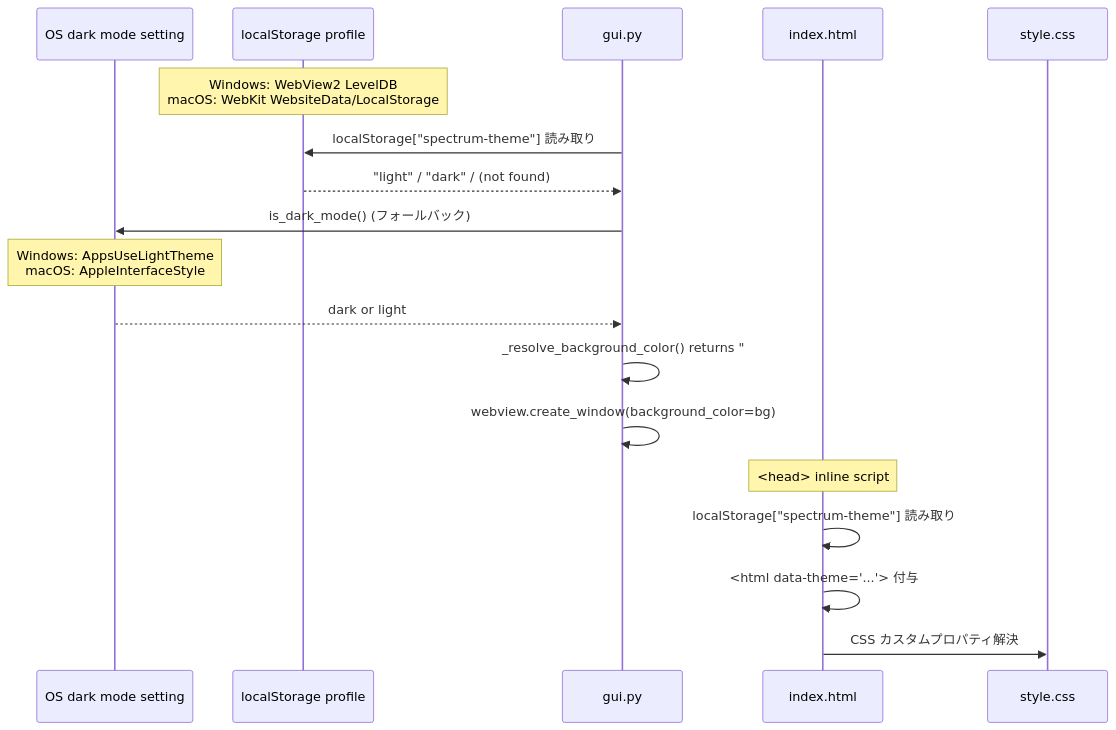
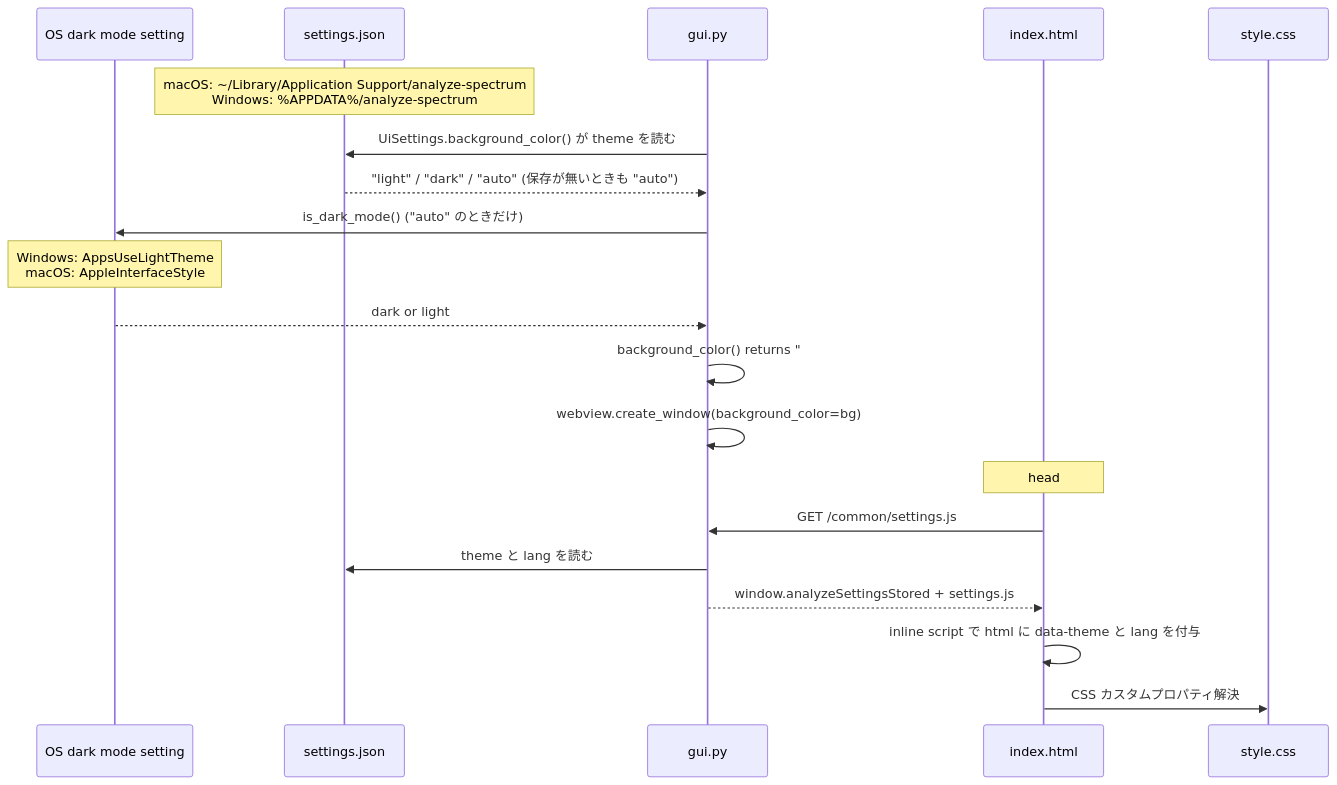
One commit to semnil/analyze-spectrum changed diagram 17 of 17 in docs/architecture.md. Above: the diagram before and after it, drawn with Mermaid. The commit also changed other lines of this file and 3 other files, not shown here.

Commit message:
docs: テーマと言語の保存を CLAUDE.md・README・architecture・security-audit に記載する

````diff
--- a/docs/architecture.md
+++ b/docs/architecture.md
@@ -632,22 +632,24 @@
 ```mermaid
 sequenceDiagram
     participant OS as OS dark mode setting
-    participant LS as localStorage profile
+    participant SF as settings.json
     participant PY as gui.py
     participant HTML as index.html
     participant CSS as style.css
 
-    Note over LS: Windows: WebView2 LevelDB<br>macOS: WebKit WebsiteData/LocalStorage
-    PY->>LS: localStorage["spectrum-theme"] 読み取り
-    LS-->>PY: "light" / "dark" / (not found)
-    PY->>OS: is_dark_mode() (フォールバック)
+    Note over SF: macOS: ~/Library/Application Support/analyze-spectrum<br>Windows: %APPDATA%/analyze-spectrum
+    PY->>SF: UiSettings.background_color() が theme を読む
+    SF-->>PY: "light" / "dark" / "auto" (保存が無いときも "auto")
+    PY->>OS: is_dark_mode() ("auto" のときだけ)
     Note over OS: Windows: AppsUseLightTheme<br>macOS: AppleInterfaceStyle
     OS-->>PY: dark or light
-    PY->>PY: _resolve_background_color() returns "#1a1a2e" or "#fafafa"
+    PY->>PY: background_color() returns "#1a1a2e" or "#fafafa"
     PY->>PY: webview.create_window(background_color=bg)
 
-    Note over HTML: <head> inline script
-    HTML->>HTML: localStorage["spectrum-theme"] 読み取り
-    HTML->>HTML: <html data-theme="..."> 付与
+    Note over HTML: head
+    HTML->>PY: GET /common/settings.js
+    PY->>SF: theme と lang を読む
+    PY-->>HTML: window.analyzeSettingsStored + settings.js
+    HTML->>HTML: inline script で html に data-theme と lang を付与
     HTML->>CSS: CSS カスタムプロパティ解決
 ```
````
